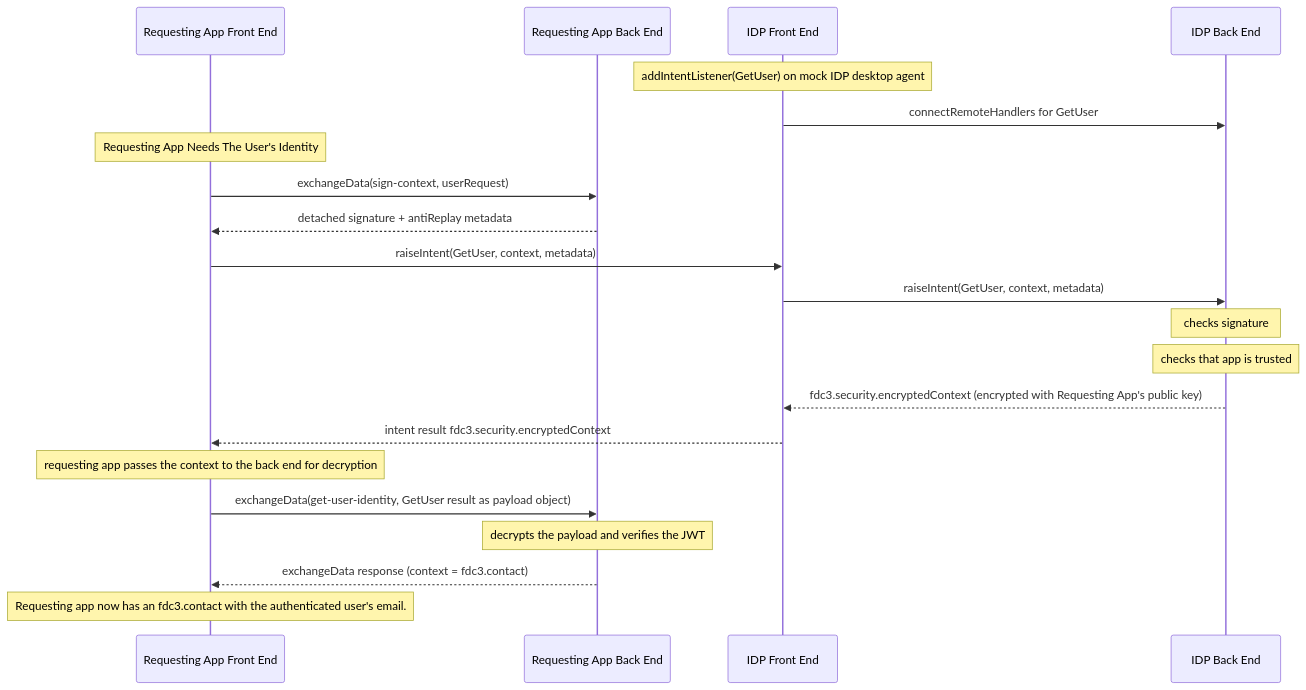
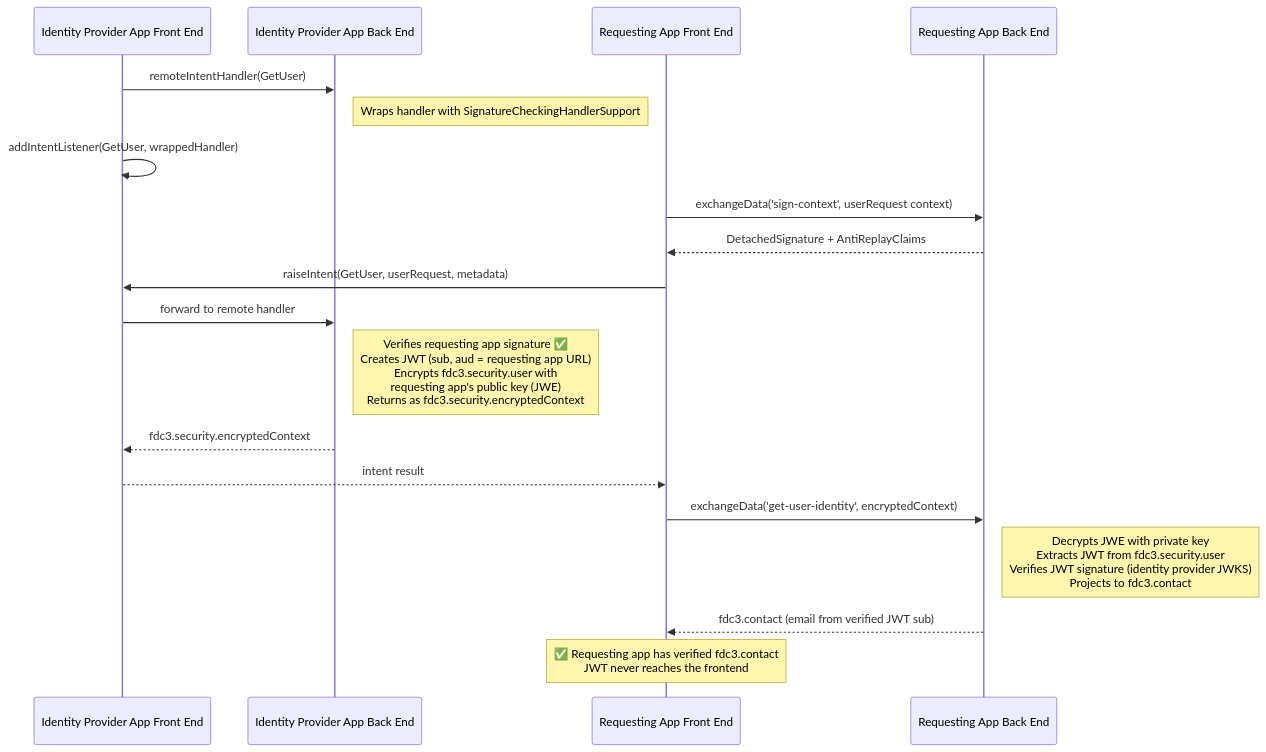
One commit to finos/FDC3 changed the fifth of 5 diagrams in packages/fdc3-security/samples/README.md. Above: the diagram before and after it, drawn with Mermaid. The commit also changed other lines of this file and 1 other file, not shown here.

Commit message:
fdc3-security README file fixes

````diff
--- a/packages/fdc3-security/samples/README.md
+++ b/packages/fdc3-security/samples/README.md
@@ -153,28 +172,28 @@
 ```mermaid
 sequenceDiagram
+    participant IDPFE as Identity Provider App Front End
+    participant IDPBE as Identity Provider App Back End
     participant RFE as Requesting App Front End
     participant RBE as Requesting App Back End
-    participant IDPFE as IDP Front End
-    participant IDPBE as IDP Back End
 
-    Note over IDPFE: addIntentListener(GetUser) on mock IDP desktop agent
-    IDPFE->>IDPBE: connectRemoteHandlers for GetUser
-    
-    Note over RFE: Requesting App Needs The User's Identity
-    RFE->>RBE: exchangeData(sign-context, userRequest)
-    RBE-->>RFE: detached signature + antiReplay metadata
+    IDPFE->>IDPBE: remoteIntentHandler(GetUser)
+    Note right of IDPBE: Wraps handler with SignatureCheckingHandlerSupport
+    IDPFE->>IDPFE: addIntentListener(GetUser, wrappedHandler)
 
-    RFE->>IDPFE: raiseIntent(GetUser, context, metadata)
-    IDPFE->>IDPBE: raiseIntent(GetUser, context, metadata)
-    Note over IDPBE: checks signature
-    Note over IDPBE: checks that app is trusted
-    IDPBE-->>IDPFE: fdc3.security.encryptedContext (encrypted with Requesting App's public key)
-    IDPFE-->>RFE: intent result fdc3.security.encryptedContext
+    RFE->>RBE: exchangeData('sign-context', userRequest context)
+    RBE-->>RFE: DetachedSignature + AntiReplayClaims
 
-    Note over RFE: requesting app passes the context to the back end for decryption
-    RFE->>RBE: exchangeData(get-user-identity, GetUser result as payload object)
-    Note over RBE: decrypts the payload and verifies the JWT
-    RBE-->>RFE: exchangeData response (context = fdc3.contact)
+    RFE->>IDPFE: raiseIntent(GetUser, userRequest, metadata)
+    IDPFE->>IDPBE: forward to remote handler
 
-    Note over RFE: Requesting app now has an fdc3.contact with the authenticated user's email.
+    Note right of IDPBE: Verifies requesting app signature ✅<br/>Creates JWT (sub, aud = requesting app URL)<br/>Encrypts fdc3.security.user with<br/>requesting app's public key (JWE)<br/>Returns as fdc3.security.encryptedContext
+
+    IDPBE-->>IDPFE: fdc3.security.encryptedContext
+    IDPFE-->>RFE: intent result
+
+    RFE->>RBE: exchangeData('get-user-identity', encryptedContext)
+    Note right of RBE: Decrypts JWE with private key<br/>Extracts JWT from fdc3.security.user<br/>Verifies JWT signature (identity provider JWKS)<br/>Projects to fdc3.contact
+    RBE-->>RFE: fdc3.contact (email from verified JWT sub)
+
+    Note over RFE: ✅ Requesting app has verified fdc3.contact<br/>JWT never reaches the frontend
 ```
````
